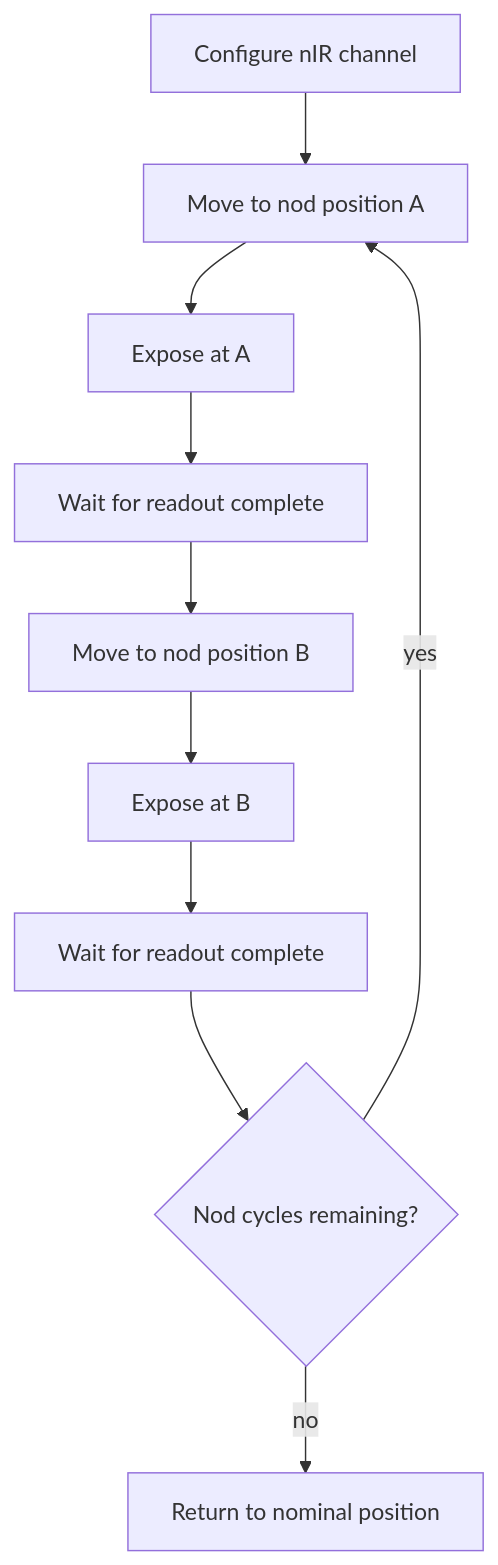
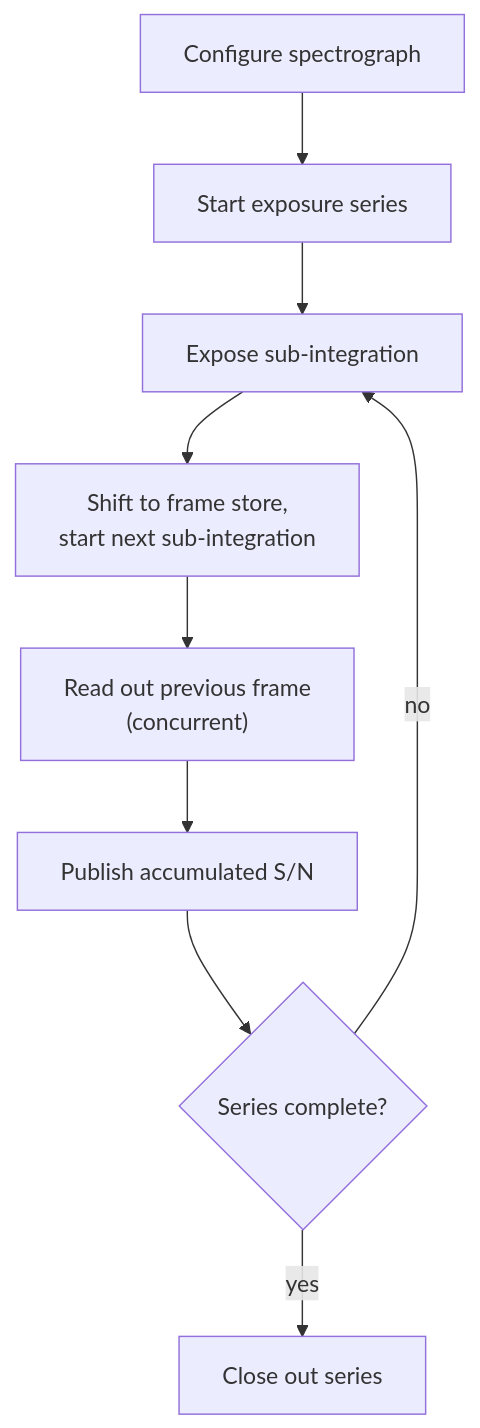
Before and after one commit to CaltechOpticalObservatories/zshooter: the fifth of 8 diagrams in docs/source/operations/workflows.rst, drawn with Mermaid. The commit also changed other lines of this file and 26 other files, not shown here.

Commit message:
Changes per architectural discussions (#2)

```diff
--- a/docs/source/operations/workflows.rst
+++ b/docs/source/operations/workflows.rst
@@ -126,12 +126,11 @@
 .. mermaid::
 
    flowchart TB
-       A["Configure nIR channel"] --> B["Move to nod position A"]
-       B --> C["Expose at A"]
-       C --> D["Wait for readout complete"]
-       D --> E["Move to nod position B"]
-       E --> F["Expose at B"]
-       F --> G["Wait for readout complete"]
-       G --> H{"Nod cycles remaining?"}
-       H -- yes --> B
-       H -- no --> I["Return to nominal position"]
+       A["Configure spectrograph"] --> B["Start exposure series"]
+       B --> C["Expose sub-integration"]
+       C --> D["Shift to frame store,<br/>start next sub-integration"]
+       D --> E["Read out previous frame<br/>(concurrent)"]
+       E --> F["Publish accumulated S/N"]
+       F --> G{"Series complete?"}
+       G -- yes --> H["Close out series"]
+       G -- no --> C
```
